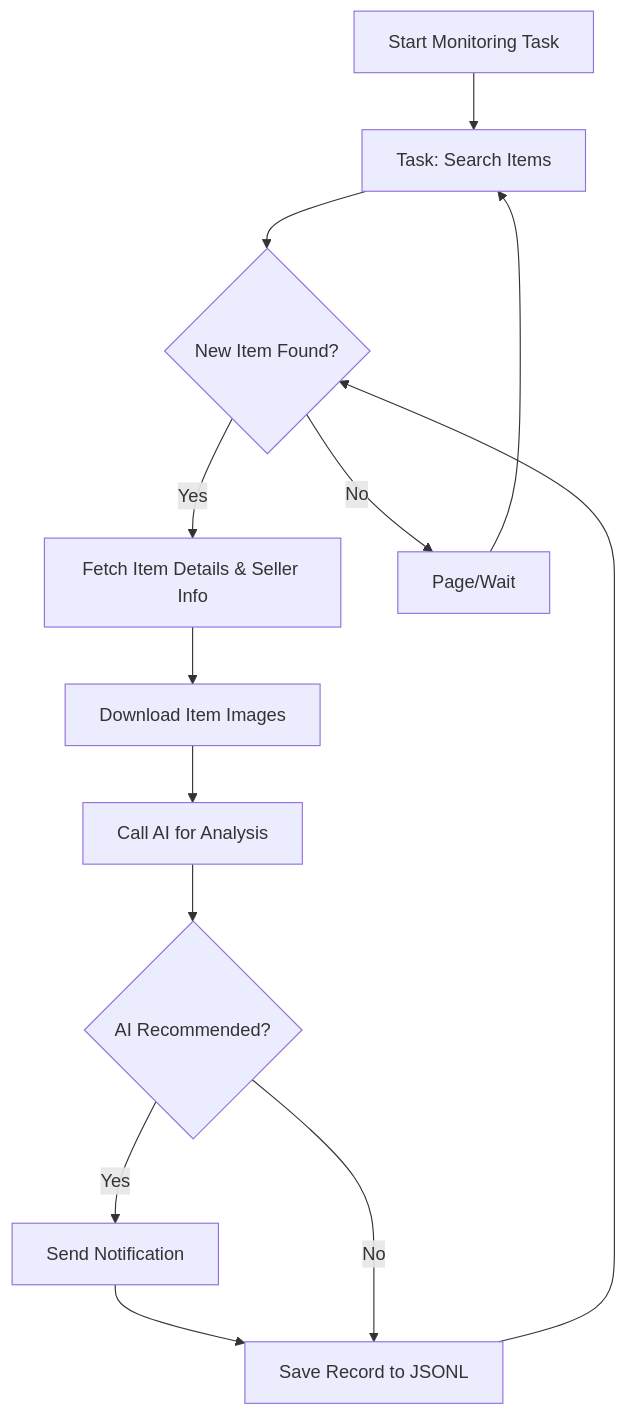
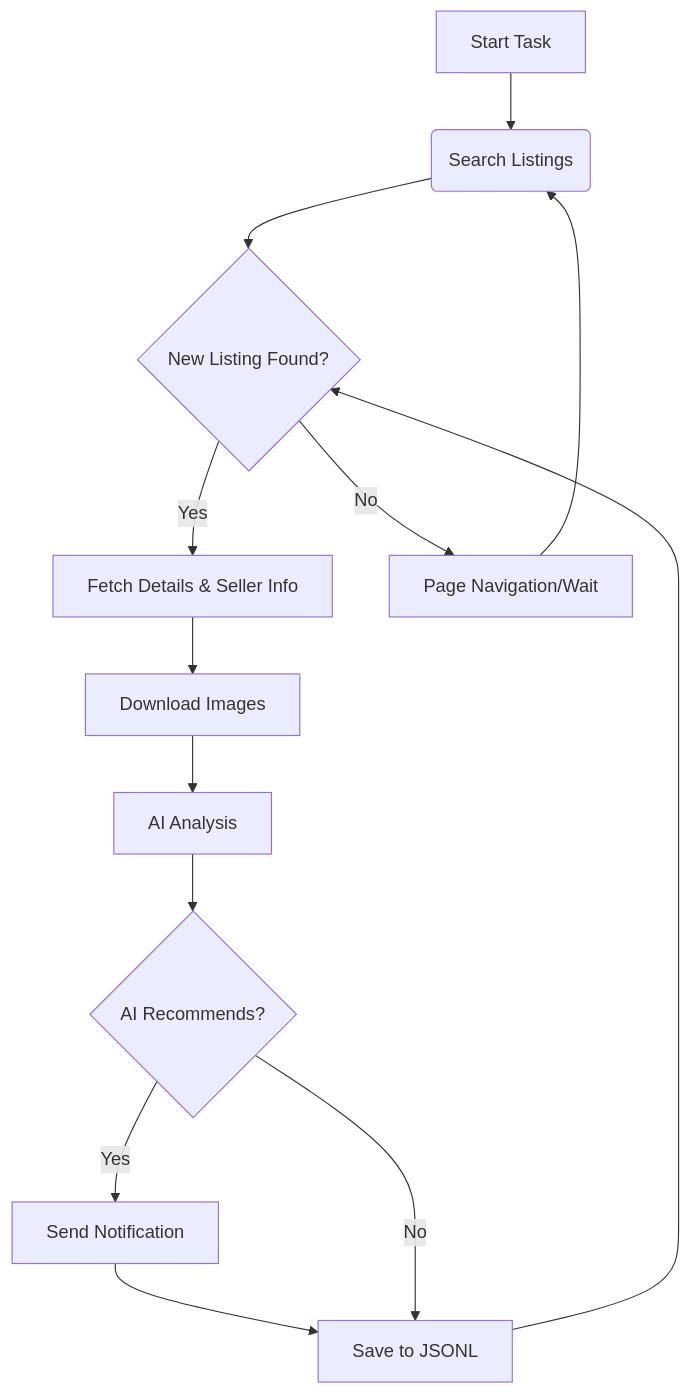
One commit to saurav-z/repo-docs changed the diagram in docs/dingyufei615-ai-goofish-monitor.md. Above: the diagram before and after it, drawn with Mermaid. The commit also changed other lines of this file and 213 other files, not shown here.

````diff
--- a/docs/dingyufei615-ai-goofish-monitor.md
+++ b/docs/dingyufei615-ai-goofish-monitor.md
@@ -180,15 +119,15 @@
 ```mermaid
 graph TD
-    A[Start Monitoring Task] --> B[Task: Search Items];
-    B --> C{New Item Found?};
-    C -- Yes --> D[Fetch Item Details & Seller Info];
-    D --> E[Download Item Images];
-    E --> F[Call AI for Analysis];
-    F --> G{AI Recommended?};
+    A[Start Task] --> B(Search Listings);
+    B --> C{New Listing Found?};
+    C -- Yes --> D[Fetch Details & Seller Info];
+    D --> E[Download Images];
+    E --> F[AI Analysis];
+    F --> G{AI Recommends?};
     G -- Yes --> H[Send Notification];
-    H --> I[Save Record to JSONL];
+    H --> I[Save to JSONL];
     G -- No --> I;
-    C -- No --> J[Page/Wait];
+    C -- No --> J[Page Navigation/Wait];
     J --> B;
     I --> C;
 ```
````
